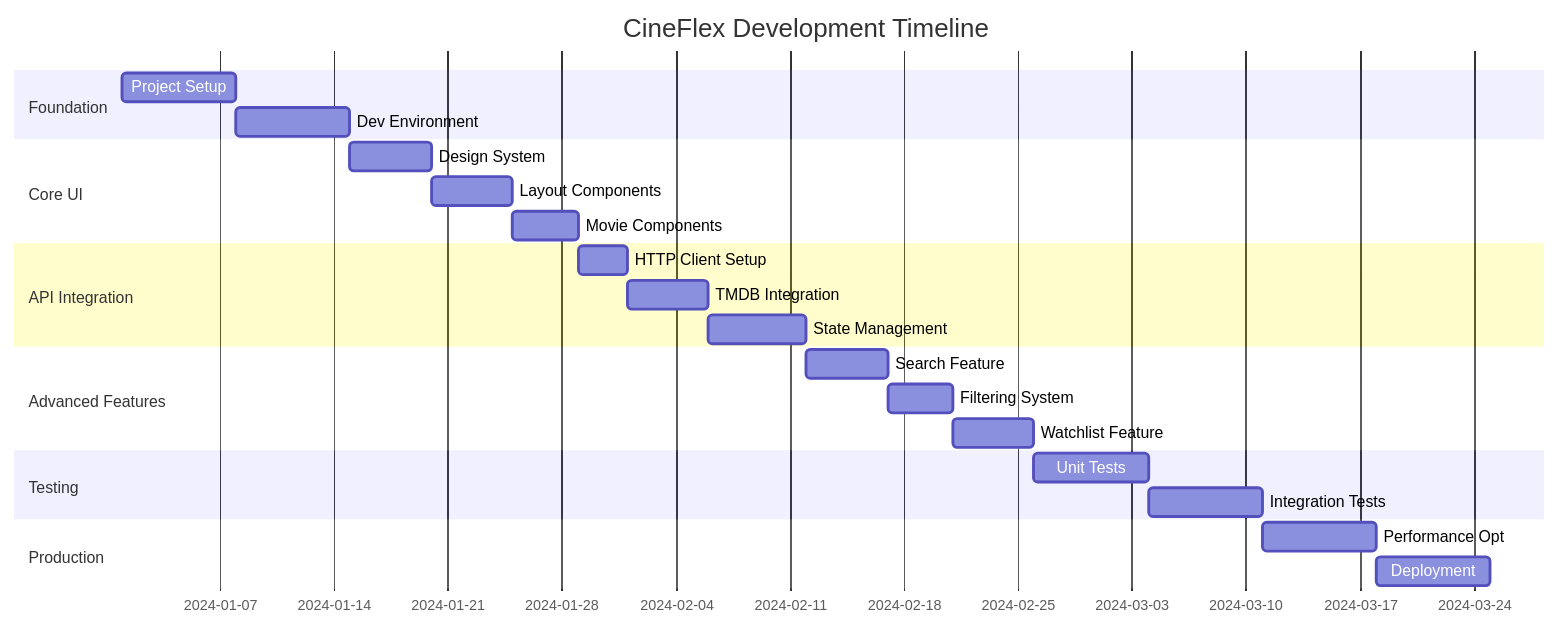
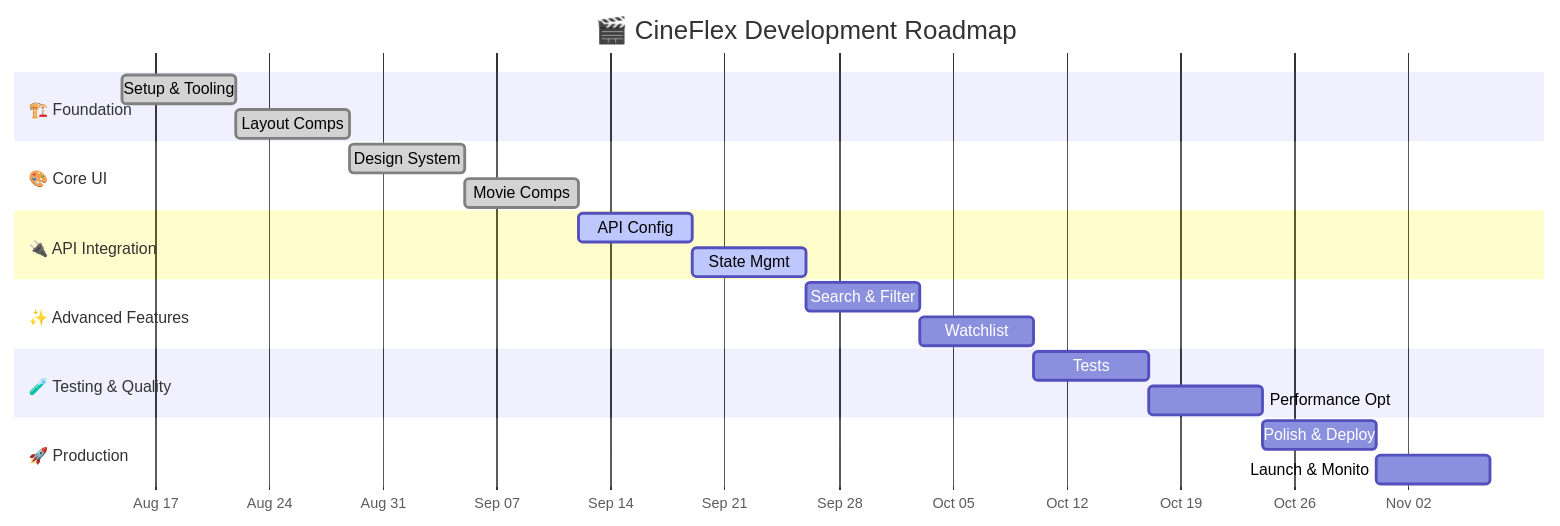
One commit to oFrederic/cineflex changed the diagram in docs/ROADMAP.md. Above: the diagram before and after it, drawn with Mermaid.

Commit message:
fix(roadmap): update gantt chart dates to reflect actual project timeline

````diff
--- a/docs/ROADMAP.md
+++ b/docs/ROADMAP.md
@@ -78,31 +78,30 @@
 ```mermaid
 gantt
-    title CineFlex Development Timeline
+    title 🎬 CineFlex Development Roadmap
     dateFormat  YYYY-MM-DD
-    section Foundation
-    Project Setup      :a1, 2024-01-01, 7d
-    Dev Environment    :a2, after a1, 7d
+    axisFormat %b %d
 
-    section Core UI
-    Design System      :b1, after a2, 5d
-    Layout Components  :b2, after b1, 5d
-    Movie Components   :b3, after b2, 4d
+    section 🏗️ Foundation
+    Setup & Tooling            :done, foundation1, 2025-08-15, 7d
+    Layout Comps               :done, foundation2, 2025-08-22, 7d
 
-    section API Integration
-    HTTP Client Setup  :c1, after b3, 3d
-    TMDB Integration   :c2, after c1, 5d
-    State Management   :c3, after c2, 6d
+    section 🎨 Core UI
+    Design System              :done, ui1, 2025-08-29, 7d
+    Movie Comps                :done, ui2, 2025-09-05, 7d
 
-    section Advanced Features
-    Search Feature     :d1, after c3, 5d
-    Filtering System   :d2, after d1, 4d
-    Watchlist Feature  :d3, after d2, 5d
+    section 🔌 API Integration
+    API Config                 :active, 2025-09-12, 7d
+    State Mgmt                 :active, 2025-09-19, 7d
 
-    section Testing
-    Unit Tests         :e1, after d3, 7d
-    Integration Tests  :e2, after e1, 7d
+    section ✨ Advanced Features
+    Search & Filter            :features1, 2025-09-26, 7d
+    Watchlist                  :features2, 2025-10-03, 7d
 
-    section Production
-    Performance Opt    :f1, after e2, 7d
-    Deployment         :f2, after f1, 7d
+    section 🧪 Testing & Quality
+    Tests                      :testing1, 2025-10-10, 7d
+    Performance Opt            :testing2, 2025-10-17, 7d
+
+    section 🚀 Production
+    Polish & Deploy            :prod1, 2025-10-24, 7d
+    Launch & Monito            :prod2, 2025-10-31, 7d
 ```
````
